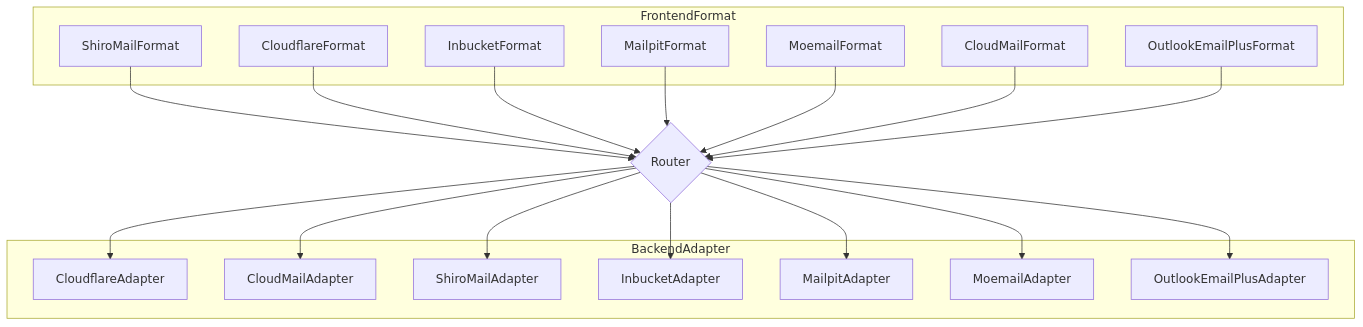
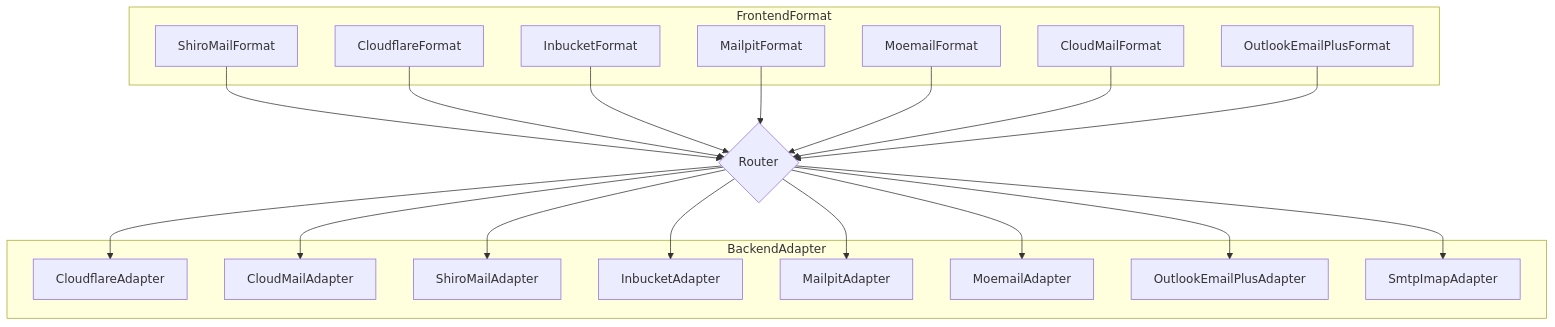
One commit to WangChuDi/everyMail changed the second of 3 diagrams in README.en.md. Above: the diagram before and after it, drawn with Mermaid. The commit also changed other lines of this file and 2 other files, not shown here.

First line of the commit message:
docs: document SMTP IMAP backend setup

````diff
--- a/README.en.md
+++ b/README.en.md
@@ -436,25 +475,26 @@
 ```mermaid
 graph TB
     subgraph "FrontendFormat"
         F1[ShiroMailFormat]
         F2[CloudflareFormat]
         F3[InbucketFormat]
         F4[MailpitFormat]
         F5[MoemailFormat]
         F6[CloudMailFormat]
         F7[OutlookEmailPlusFormat]
     end
 
     subgraph "BackendAdapter"
         B1[CloudflareAdapter]
         B2[CloudMailAdapter]
         B3[ShiroMailAdapter]
         B4[InbucketAdapter]
         B5[MailpitAdapter]
         B6[MoemailAdapter]
         B7[OutlookEmailPlusAdapter]
+        B8[SmtpImapAdapter]
     end
 
     F1 & F2 & F3 & F4 & F5 & F6 & F7 --> Router{Router}
-    Router --> B1 & B2 & B3 & B4 & B5 & B6 & B7
+    Router --> B1 & B2 & B3 & B4 & B5 & B6 & B7 & B8
 ```
````
